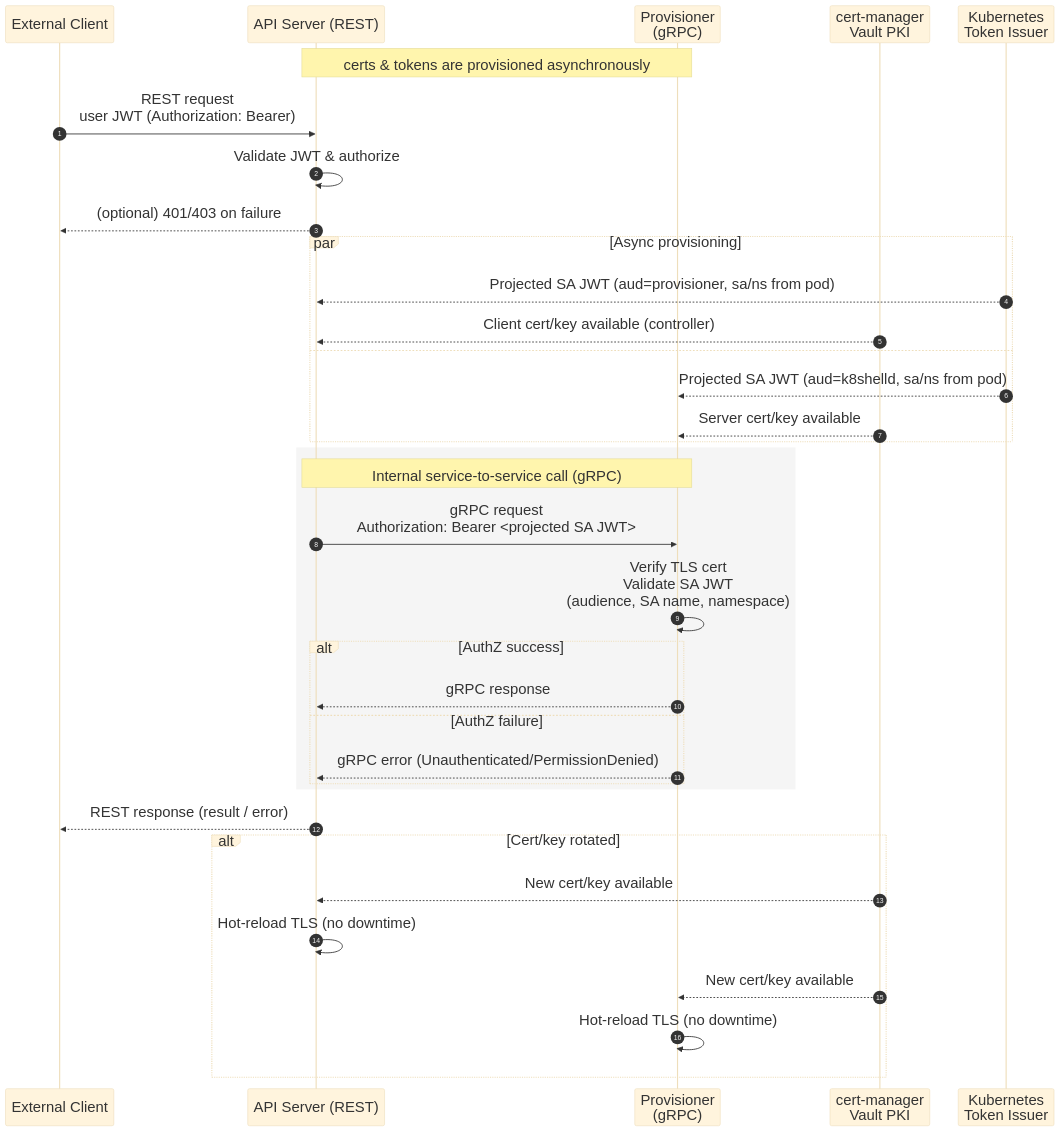
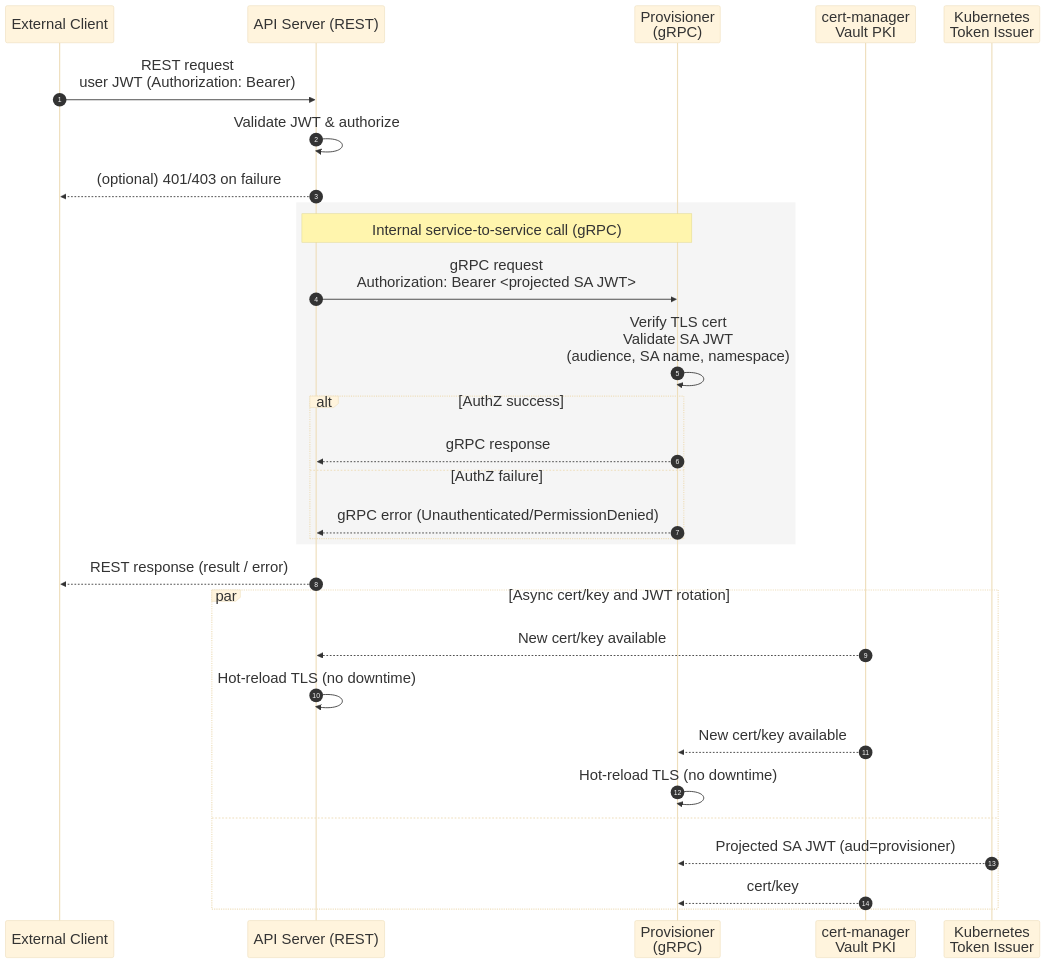
Before and after one commit to k8shell-io/docs: the diagram in docs/concepts/overview/integration.md, drawn with Mermaid. The commit also changed 1 other file, not shown here.

Commit message:
minor fixes, action build

````diff
--- a/docs/concepts/overview/integration.md
+++ b/docs/concepts/overview/integration.md
@@ -16,49 +16,40 @@
 ```mermaid
 %%{init:{ "theme": "base", "fontSize": 26 }}%%
 sequenceDiagram
     autonumber
     participant EC as External Client
     participant API as API Server (REST)
     participant PROV as Provisioner<br/>(gRPC)
     participant PKI as cert-manager<br/>Vault PKI
     participant K8S as Kubernetes<br/>Token Issuer
 
-    note over API,PROV: certs & tokens are provisioned asynchronously
-
     %% External access via REST
     EC->>API: REST request<br/>user JWT (Authorization: Bearer)
     API->>API: Validate JWT & authorize
     API-->>EC: (optional) 401/403 on failure
 
-    %% SA JWT & cert availability (asynchronous, no direct calls)
-    par Async provisioning
-        K8S-->>API: Projected SA JWT (aud=provisioner, sa/ns from pod)
-        PKI-->>API: Client cert/key available (controller)
-    and
-        K8S-->>PROV: Projected SA JWT (aud=k8shelld, sa/ns from pod)
-        PKI-->>PROV: Server cert/key available
-    end
-
-    %% Internal call uses gRPC + projected SA JWT + mTLS
     rect rgb(245,245,245)
         note over API,PROV: Internal service-to-service call (gRPC)
         API->>PROV: gRPC request<br/>Authorization: Bearer <projected SA JWT>
         PROV->>PROV: Verify TLS cert<br/>Validate SA JWT<br/>(audience, SA name, namespace)
         alt AuthZ success
             PROV-->>API: gRPC response
         else AuthZ failure
             PROV-->>API: gRPC error (Unauthenticated/PermissionDenied)
         end
     end
 
     %% Final response to external client
     API-->>EC: REST response (result / error)
 
     %% Rotation events (asynchronous)
-    alt Cert/key rotated
+    par Async cert/key and JWT rotation
         PKI-->>API: New cert/key available
         API->>API: Hot-reload TLS (no downtime)
         PKI-->>PROV: New cert/key available
         PROV->>PROV: Hot-reload TLS (no downtime)
+    and
+        K8S-->>PROV: Projected SA JWT (aud=provisioner)
+        PKI-->>PROV: cert/key
     end
 ```
````
